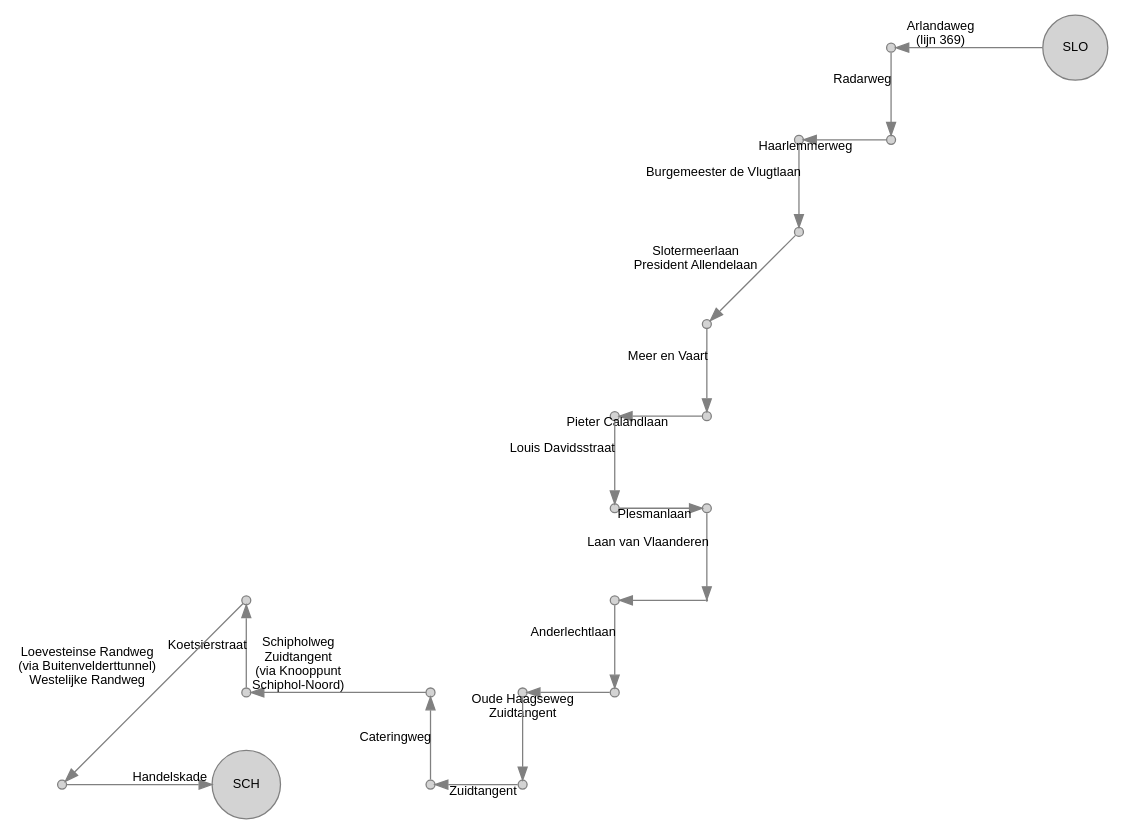
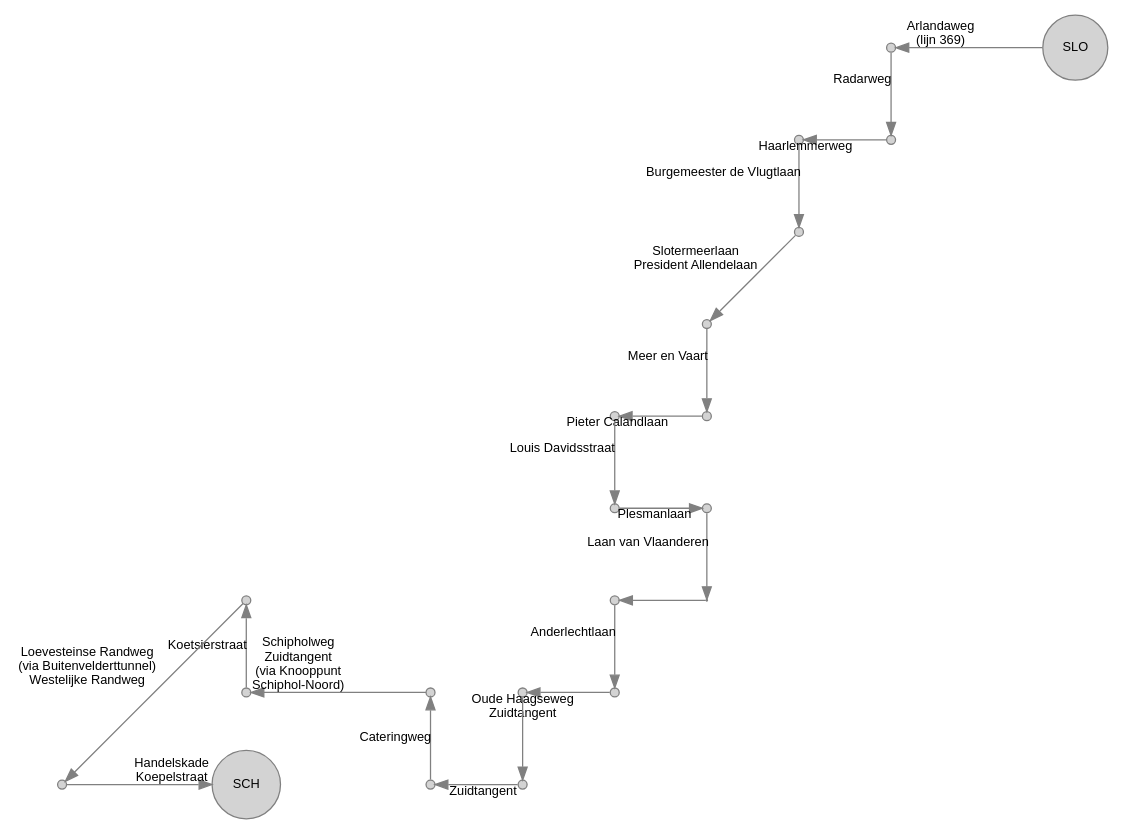
The diagram in gvb/SLO_369.gv (JacekPardyak/bus), drawn with Graphviz before and after one commit. The commit also changed 33 other files, not shown here.

```diff
--- a/gvb/SLO_369.gv
+++ b/gvb/SLO_369.gv
@@ -1,56 +1,57 @@
 digraph G {
   layout = neato
   node [shape = circle, style = filled, fillcolor = lightgray, color=gray, height=0.1, label = "", fontsize = 10, fontname = "Arial"]
   edge [color=gray, fontsize = 10, fontname = "Arial"]
 
   36901 [pos = " 0, 0!", label = "SLO"]
   36902 [pos = "-2, 0!"]
   36903 [pos = "-2,-1!"]
   36904 [pos = "-3,-1!"]
   36905 [pos = "-3,-2!"]
   36906 [pos = "-4,-3!"]
   36907 [pos = "-4,-4!"]
   36908 [pos = "-5,-4!"]
   36909 [pos = "-5,-5!"]
   36910 [pos = "-4,-5!"]
   36911 [pos = "-4,-6!", height=0.01]
   36912 [pos = "-5,-6!"]
   36913 [pos = "-5,-7!"]
   36914 [pos = "-6,-7!"]
   36915 [pos = "-6,-8!"]
   36916 [pos = "-7,-8!"]
   36917 [pos = "-7,-7!"]
   36918 [pos = "-9,-7!"]
   36919 [pos = "-9,-6!"]
   36920 [pos = "-11,-8!"]
   36921 [pos = "-9,-8!", label = "SCH"]
   
   36901 -> 36902 [label = "Arlandaweg 
  (lijn 369)"]
   36902 -> 36903 [label = "Radarweg"]
   36903 -> 36904 [label = "Haarlemmerweg"]
   36904 -> 36905 [label = "Burgemeester de Vlugtlaan"]
   36905 -> 36906 [label = "Slotermeerlaan 
  President Allendelaan"]
   36906 -> 36907 [label = "Meer en Vaart"]
   36907 -> 36908 [label = "Pieter Calandlaan"]
   36908 -> 36909 [label = "Louis Davidsstraat"]
   36909 -> 36910 [label = "Plesmanlaan"]
   36910 -> 36911 [label = "Laan van Vlaanderen"]
   36911 -> 36912 [label = ""]
   36912 -> 36913 [label = "Anderlechtlaan"]
   36913 -> 36914 [label = "Oude Haagseweg 
  Zuidtangent"]
   36914 -> 36915 [label = ""]
   36915 -> 36916 [label = "Zuidtangent"]
   36916 -> 36917 [label = "Cateringweg"]
   36917 -> 36918 [label = "Schipholweg 
  Zuidtangent 
  (via Knooppunt 
  Schiphol-Noord)"]
   36918 -> 36919 [label = "Koetsierstraat"]
   36919 -> 36920 [label = "Loevesteinse Randweg 
  (via Buitenvelderttunnel) 
  Westelijke Randweg"]
-  36920 -> 36921 [label = "Handelskade"]
+  36920 -> 36921 [label = "Handelskade 
+ Koepelstraat"]
 }
```
